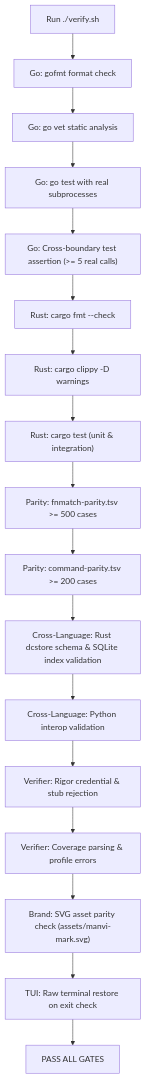
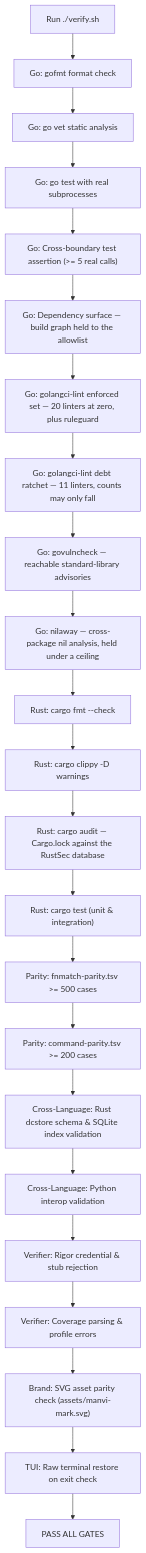
Before and after one commit to bharathvbcr/Manvi: the fourth of 4 diagrams in docs/VERIFICATION_AND_PARITY.md, drawn with Mermaid. The commit also changed other lines of this file and 27 other files, not shown here.

````diff
--- a/docs/VERIFICATION_AND_PARITY.md
+++ b/docs/VERIFICATION_AND_PARITY.md
@@ -91,25 +91,31 @@
 ```mermaid
 flowchart TD
     Start["Run ./verify.sh"] --> G1["Go: gofmt format check"]
     G1 --> G2["Go: go vet static analysis"]
     G2 --> G3["Go: go test with real subprocesses"]
     G3 --> G4["Go: Cross-boundary test assertion (>= 5 real calls)"]
-    
-    G4 --> R1["Rust: cargo fmt --check"]
+    G4 --> G5["Go: Dependency surface — build graph held to the allowlist"]
+    G5 --> G6["Go: golangci-lint enforced set — 20 linters at zero, plus ruleguard"]
+    G6 --> G7["Go: golangci-lint debt ratchet — 11 linters, counts may only fall"]
+    G7 --> G8["Go: govulncheck — reachable standard-library advisories"]
+    G8 --> G9["Go: nilaway — cross-package nil analysis, held under a ceiling"]
+
+    G9 --> R1["Rust: cargo fmt --check"]
     R1 --> R2["Rust: cargo clippy -D warnings"]
-    R2 --> R3["Rust: cargo test (unit & integration)"]
+    R2 --> R2a["Rust: cargo audit — Cargo.lock against the RustSec database"]
+    R2a --> R3["Rust: cargo test (unit & integration)"]
     
     R3 --> P1["Parity: fnmatch-parity.tsv >= 500 cases"]
     P1 --> P2["Parity: command-parity.tsv >= 200 cases"]
     
     P2 --> X1["Cross-Language: Rust dcstore schema & SQLite index validation"]
     X1 --> X2["Cross-Language: Python interop validation"]
     
     X2 --> V1["Verifier: Rigor credential & stub rejection"]
     V1 --> V2["Verifier: Coverage parsing & profile errors"]
     
     V2 --> M1["Brand: SVG asset parity check (assets/manvi-mark.svg)"]
     M1 --> T1["TUI: Raw terminal restore on exit check"]
     
     T1 --> Finish["PASS ALL GATES"]
 ```
````
